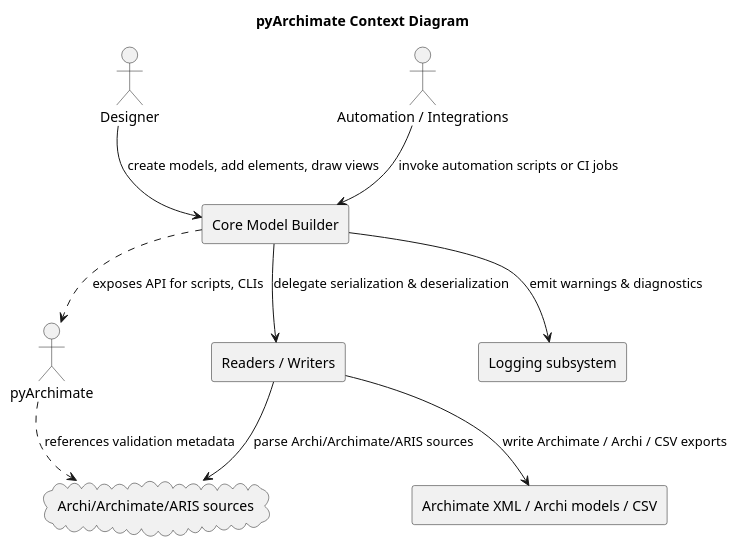
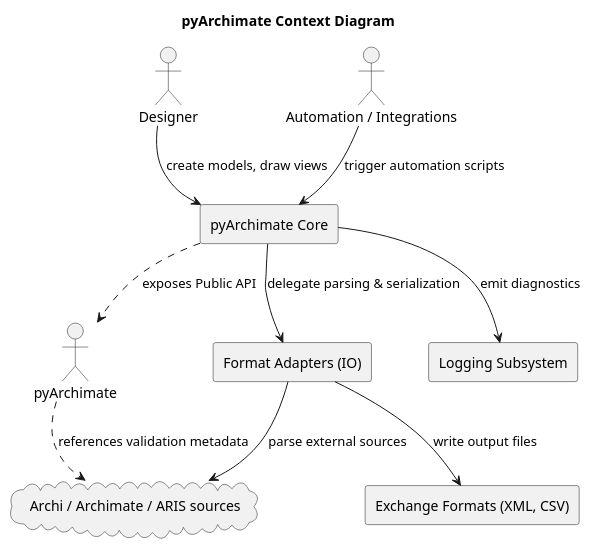
The diagram in docs/diagrams/context.puml (pyArchimate/pyArchimate), drawn with PlantUML before and after one commit. The commit also changed 38 other files, not shown here.

First line of the commit message:
chore: add behave stubs, fix pre-push script, and update docs/diagrams

```diff
--- a/docs/diagrams/context.puml
+++ b/docs/diagrams/context.puml
@@ -1,21 +1,21 @@
 @startuml
 title pyArchimate Context Diagram
 
 "pyArchimate" as Library
 actor "Designer" as Designer
 actor "Automation / Integrations" as Automation
-cloud "Archi/Archimate/ARIS sources" as Inputs
-rectangle "Archimate XML / Archi models / CSV" as Outputs
-rectangle "Readers / Writers" as IO
-rectangle "Core Model Builder" as Core
-rectangle "Logging subsystem" as Logging
+cloud "Archi / Archimate / ARIS sources" as Inputs
+rectangle "Exchange Formats (XML, CSV)" as Outputs
+rectangle "Format Adapters (IO)" as IO
+rectangle "pyArchimate Core" as Core
+rectangle "Logging Subsystem" as Logging
 
-Designer --> Core : create models, add elements, draw views
-Automation --> Core : invoke automation scripts or CI jobs
-Core --> IO : delegate serialization & deserialization
-IO --> Inputs : parse Archi/Archimate/ARIS sources
-IO --> Outputs : write Archimate / Archi / CSV exports
-Core --> Logging : emit warnings & diagnostics
-Core ..> Library : exposes API for scripts, CLIs
+Designer --> Core : create models, draw views
+Automation --> Core : trigger automation scripts
+Core --> IO : delegate parsing & serialization
+IO --> Inputs : parse external sources
+IO --> Outputs : write output files
+Core --> Logging : emit diagnostics
+Core ..> Library : exposes Public API
 Library ..> Inputs : references validation metadata
 @enduml
```
